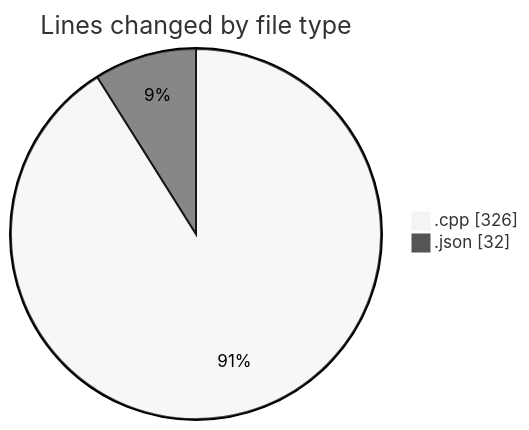
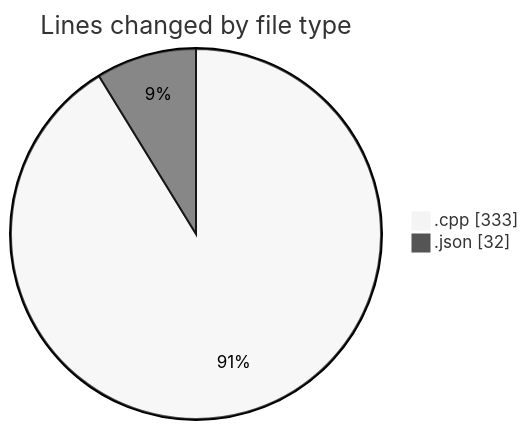
One commit to Netris89/code-tracking changed the first of 2 diagrams in 2025-04-23/echo/README.md. Above: the diagram before and after it, drawn with Mermaid (neutral theme). The commit also changed other lines of this file and 1 other file, not shown here.

````diff
--- a/2025-04-23/echo/README.md
+++ b/2025-04-23/echo/README.md
@@ -21,6 +21,6 @@
 ```mermaid
 pie showData
 title Lines changed by file type
-".cpp" : 326
+".cpp" : 333
 ".json" : 32
 ```
````
